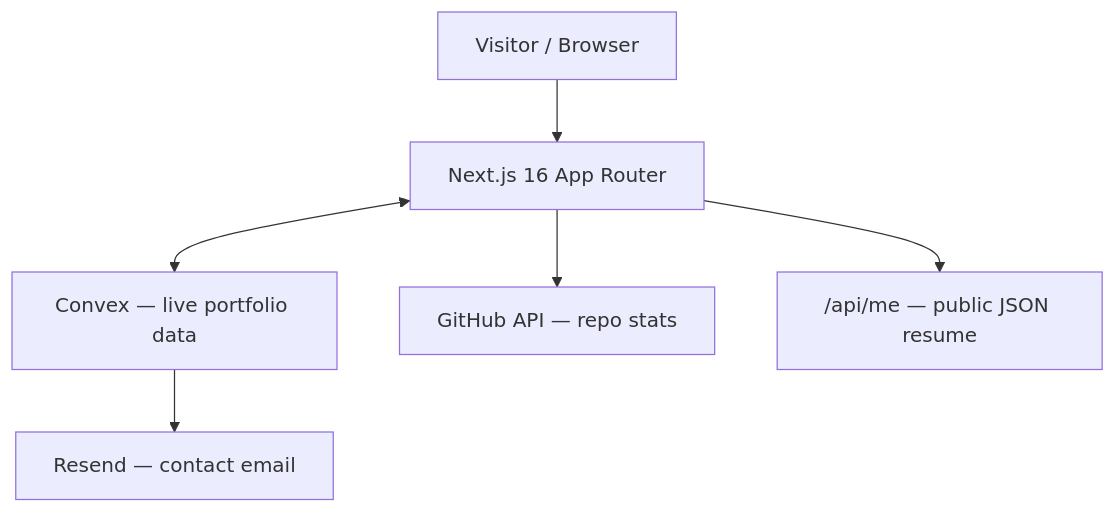
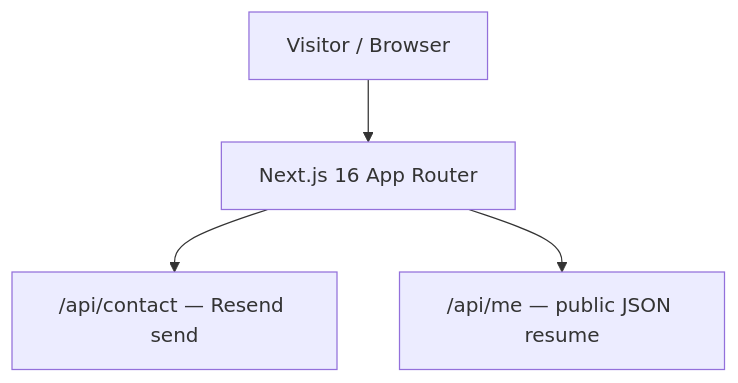
One commit to Chaitanya299/portfolio changed the diagram in docs/STATE.md. Above: the diagram before and after it, drawn with Mermaid. The commit also changed other lines of this file and 65 other files, not shown here.

First line of the commit message:
feat: rebuild portfolio as FIELD design, drop Convex, add SEO

````diff
--- a/docs/STATE.md
+++ b/docs/STATE.md
@@ -10,8 +9,6 @@
 ```mermaid
 flowchart TD
   Visitor[Visitor / Browser] --> App[Next.js 16 App Router]
-  App <--> Convex[Convex — live portfolio data]
-  App --> GH[GitHub API — repo stats]
-  Convex --> Resend[Resend — contact email]
+  App --> Contact["/api/contact — Resend send"]
   App --> API["/api/me — public JSON resume"]
 ```
````
